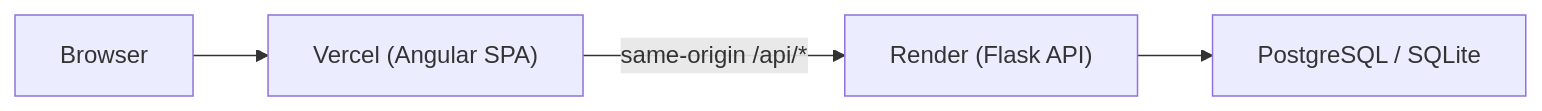
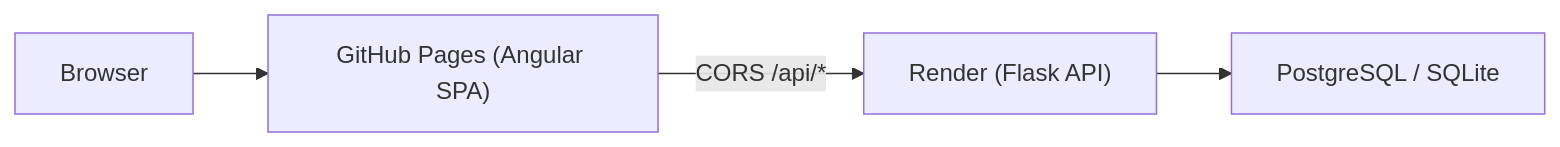
One commit to mangeshraut712/Starlight-Blogging-Website changed the diagram in README.md. Above: the diagram before and after it, drawn with Mermaid. The commit also changed other lines of this file and 9 other files, not shown here.

First line of the commit message:
Migrate frontend from paused Vercel to GitHub Pages

````diff
--- a/README.md
+++ b/README.md
@@ -139,6 +138,6 @@
 ```mermaid
 flowchart LR
-    Browser["Browser"] --> Vercel["Vercel (Angular SPA)"]
-    Vercel -->|"same-origin /api/*"| Render["Render (Flask API)"]
+    Browser["Browser"] --> Pages["GitHub Pages (Angular SPA)"]
+    Pages -->|"CORS /api/*"| Render["Render (Flask API)"]
     Render --> DB["PostgreSQL / SQLite"]
 ```
````
